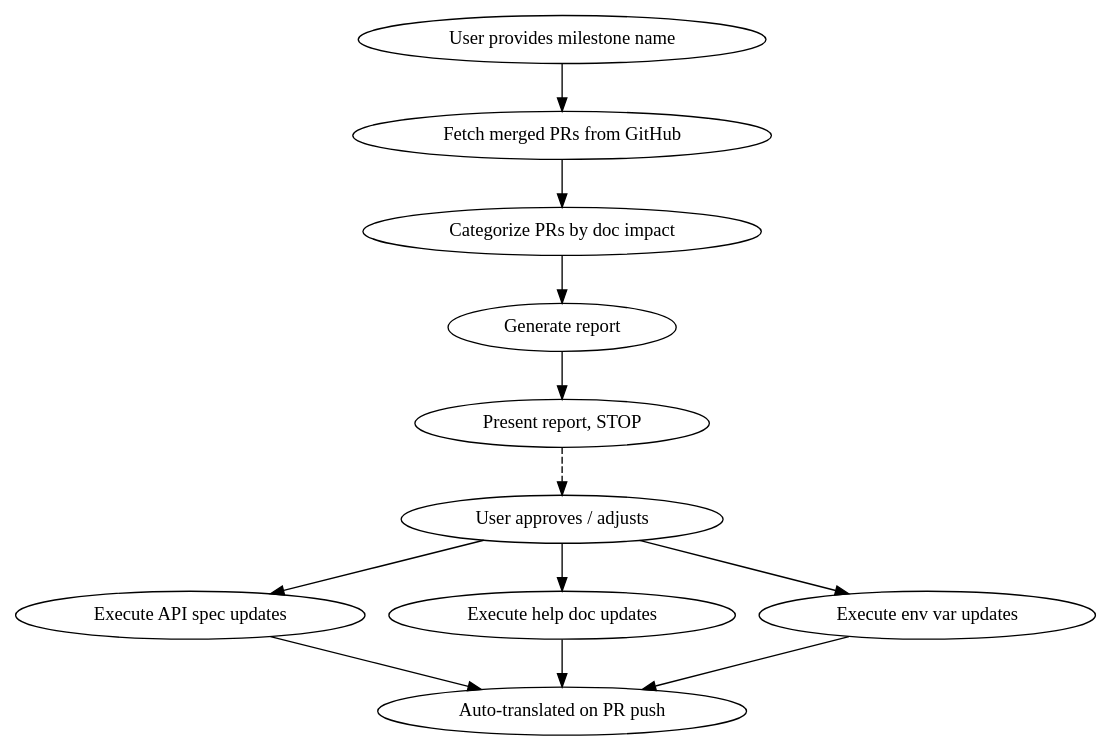
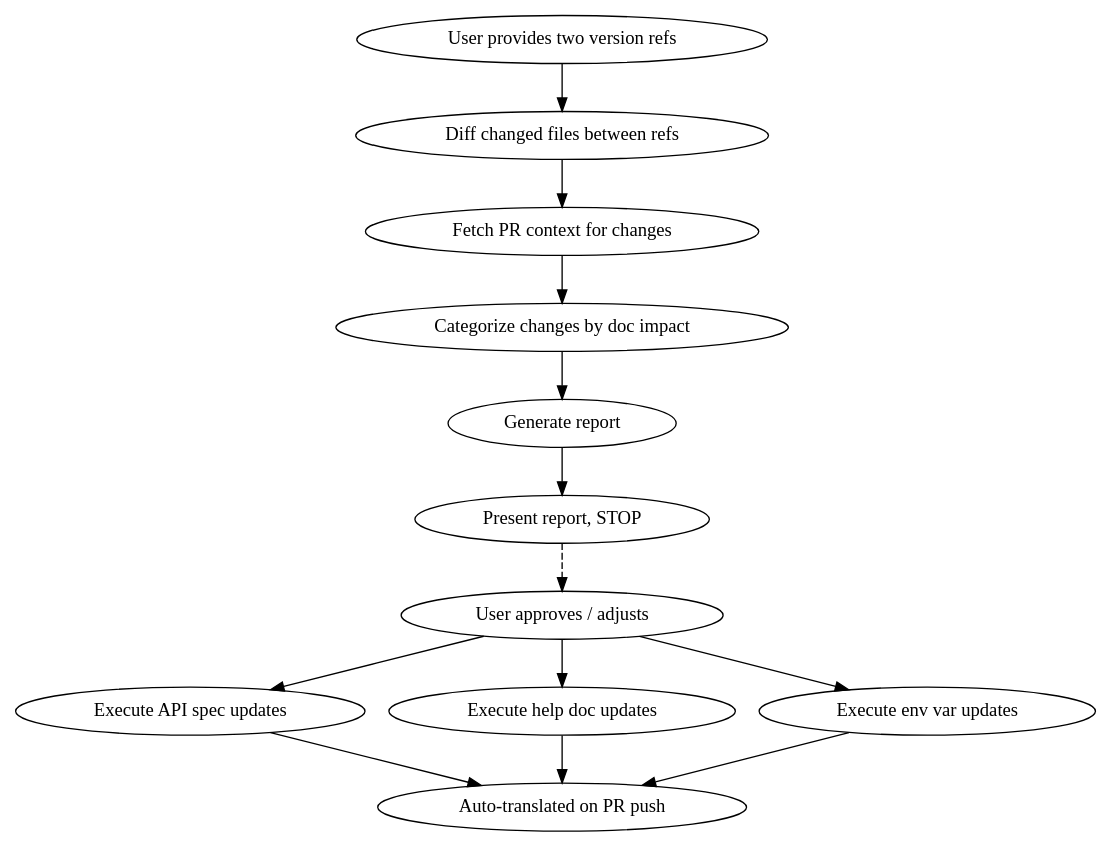
The diagram in .claude/skills/dify-docs-release-sync/SKILL.md (langgenius/dify-docs), drawn with Graphviz before and after one commit. The commit also changed other lines of this file, not shown here.

````diff
--- a/.claude/skills/dify-docs-release-sync/SKILL.md
+++ b/.claude/skills/dify-docs-release-sync/SKILL.md
@@ -19,16 +22,17 @@
 ```dot
 digraph {
   rankdir=TB;
-  "User provides milestone name" -> "Fetch merged PRs from GitHub";
-  "Fetch merged PRs from GitHub" -> "Categorize PRs by doc impact";
-  "Categorize PRs by doc impact" -> "Generate report";
+  "User provides two version refs" -> "Diff changed files between refs";
+  "Diff changed files between refs" -> "Fetch PR context for changes";
+  "Fetch PR context for changes" -> "Categorize changes by doc impact";
+  "Categorize changes by doc impact" -> "Generate report";
   "Generate report" -> "Present report, STOP";
   "Present report, STOP" -> "User approves / adjusts" [style=dashed];
   "User approves / adjusts" -> "Execute API spec updates";
   "User approves / adjusts" -> "Execute help doc updates";
   "User approves / adjusts" -> "Execute env var updates";
   "Execute API spec updates" -> "Auto-translated on PR push";
   "Execute help doc updates" -> "Auto-translated on PR push";
   "Execute env var updates" -> "Auto-translated on PR push";
 }
 ```
````
